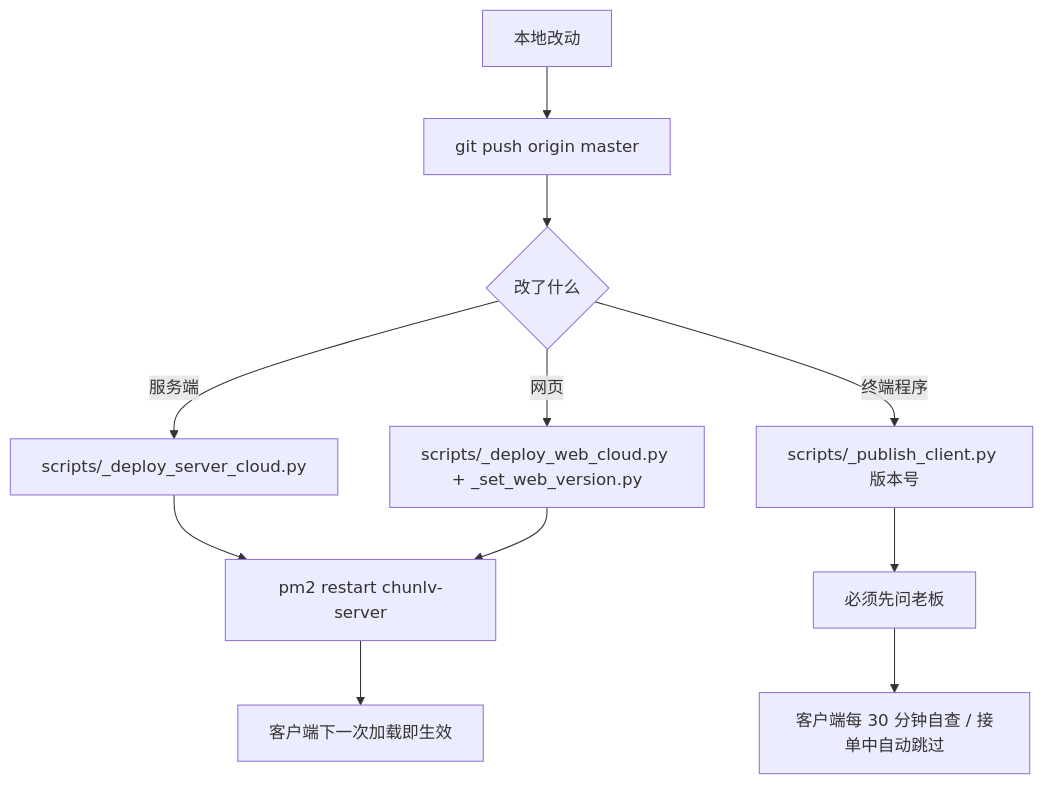
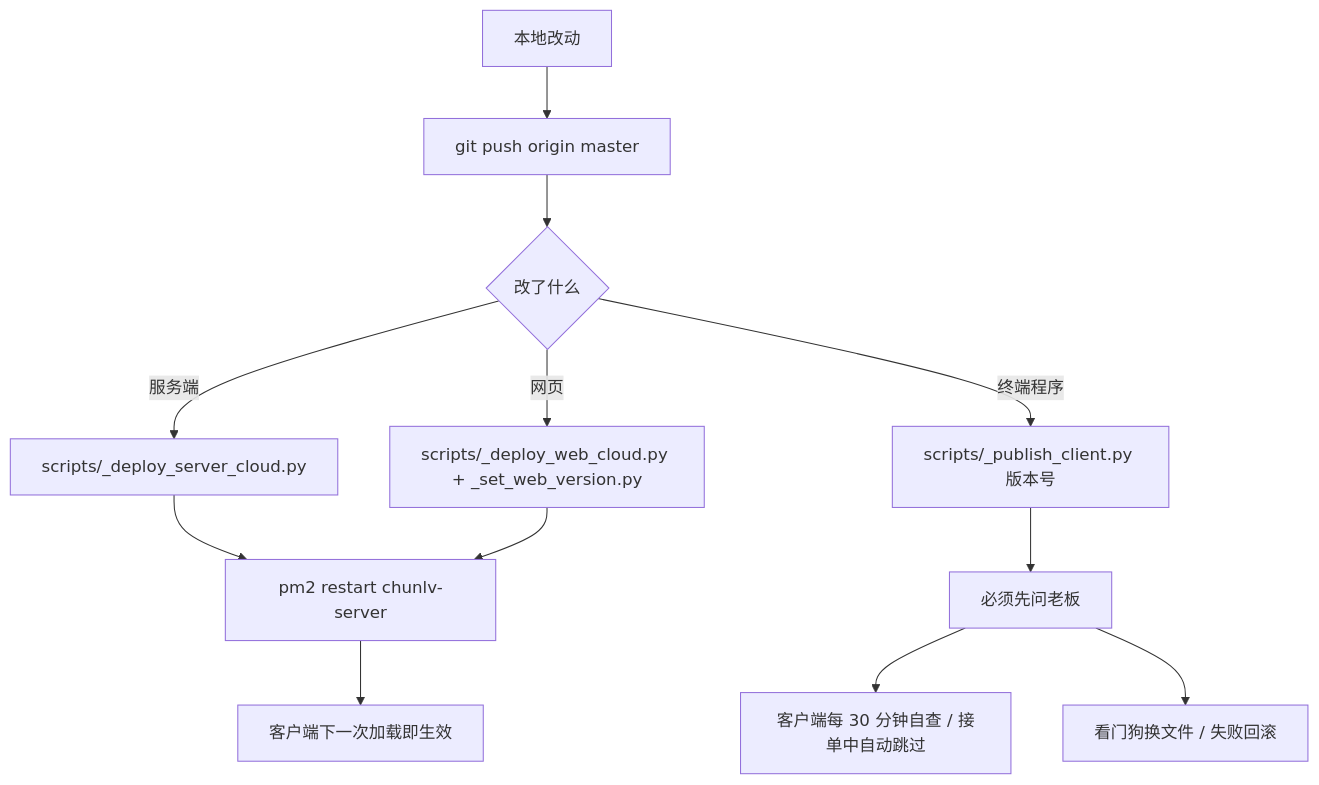
The second of 2 diagrams in docs/REFACTOR-PLAN.md (opsvr-ai/game-workspace), drawn with Mermaid before and after one commit. The commit also changed other lines of this file, not shown here.

````diff
--- a/docs/REFACTOR-PLAN.md
+++ b/docs/REFACTOR-PLAN.md
@@ -135,13 +145,14 @@
 ```mermaid
 flowchart TD
   A[本地改动] --> B[git push origin master]
   B --> C{改了什么}
   C -->|服务端| D[scripts/_deploy_server_cloud.py]
   C -->|网页| E[scripts/_deploy_web_cloud.py + _set_web_version.py]
   D --> F[pm2 restart chunlv-server]
   E --> F
   F --> G[客户端下一次加载即生效]
   C -->|终端程序| H[scripts/_publish_client.py 版本号]
   H --> I[必须先问老板]
   I --> J[客户端每 30 分钟自查 / 接单中自动跳过]
+  I --> K[看门狗换文件 / 失败回滚]
 ```
````
